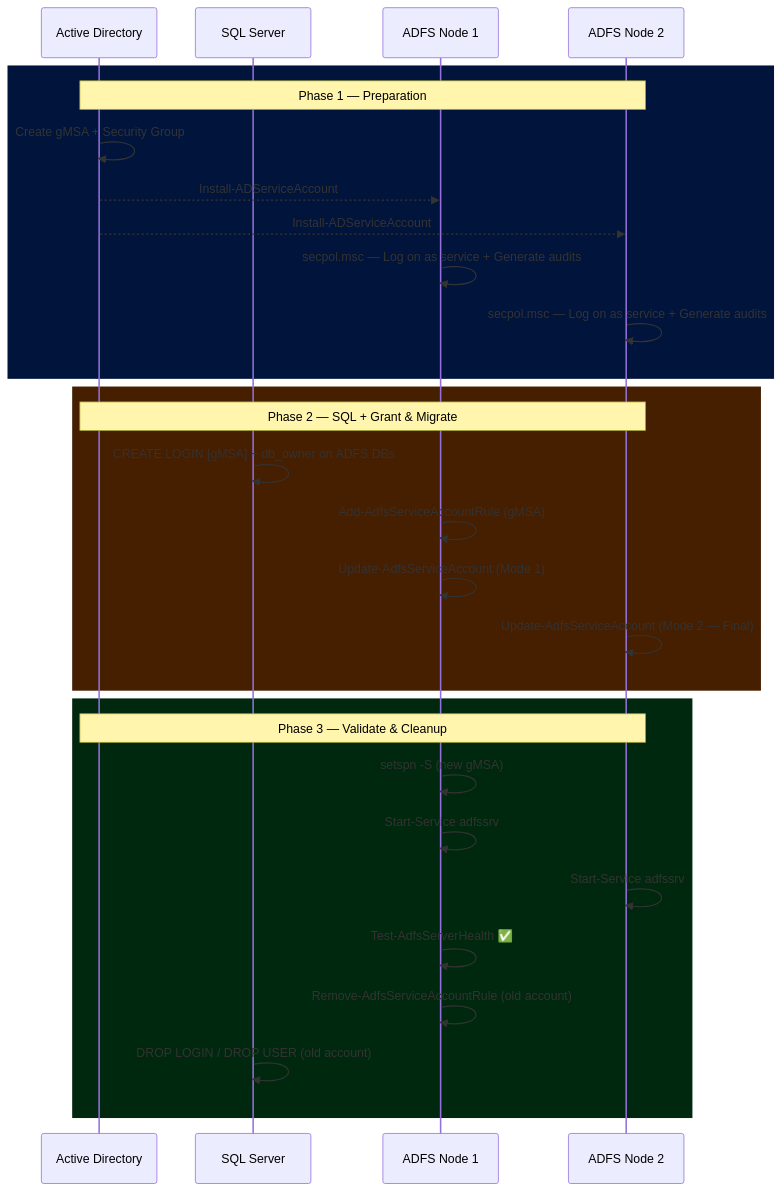
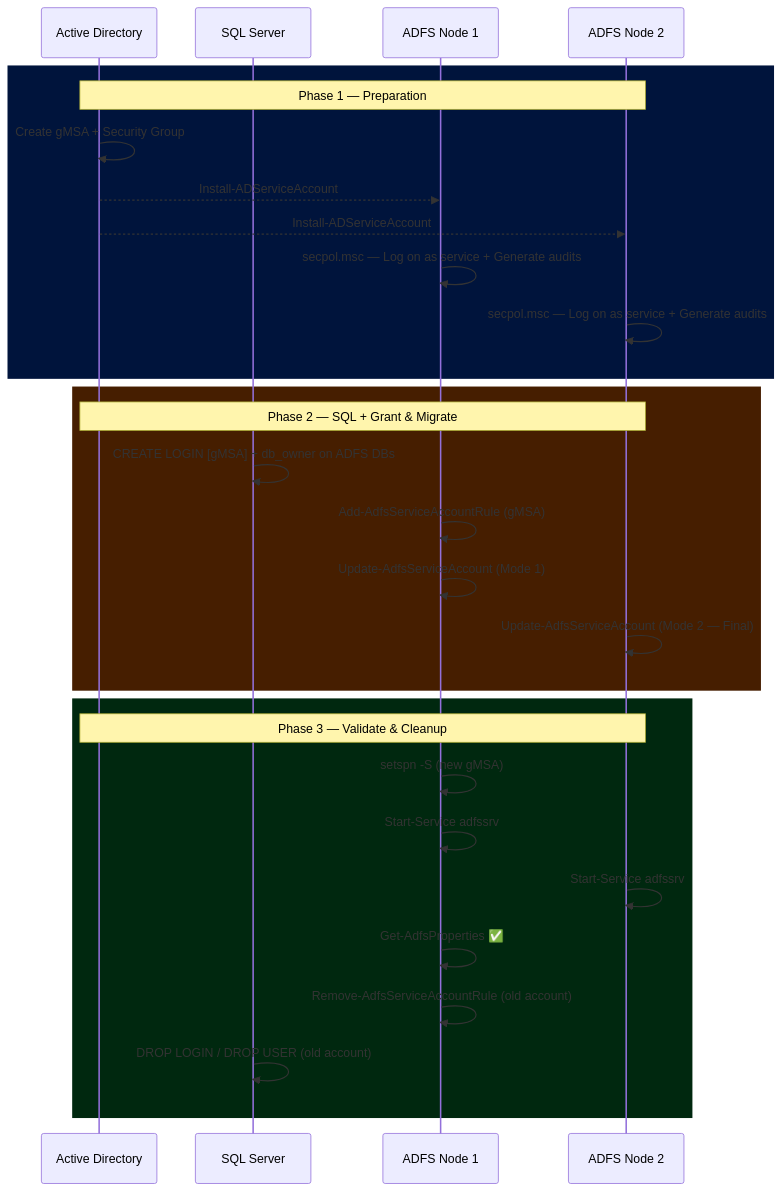
Before and after one commit to 0xMati/Tech-Blog: the third of 3 diagrams in ADFS/Common/ADFS Migrate Service Account to gMSA.md, drawn with Mermaid. The commit also changed other lines of this file, not shown here.

````diff
--- a/ADFS/Common/ADFS Migrate Service Account to gMSA.md
+++ b/ADFS/Common/ADFS Migrate Service Account to gMSA.md
@@ -399,34 +401,34 @@
 ```mermaid
 sequenceDiagram
     participant AD as Active Directory
     participant SQL as SQL Server
     participant N1 as ADFS Node 1
     participant N2 as ADFS Node 2
 
     rect rgb(0, 20, 60)
     Note over AD,N2: Phase 1 — Preparation
     AD->>AD: Create gMSA + Security Group
     AD-->>N1: Install-ADServiceAccount
     AD-->>N2: Install-ADServiceAccount
     N1->>N1: secpol.msc — Log on as service + Generate audits
     N2->>N2: secpol.msc — Log on as service + Generate audits
     end
 
     rect rgb(70, 30, 0)
     Note over AD,N2: Phase 2 — SQL + Grant & Migrate
     SQL->>SQL: CREATE LOGIN [gMSA] + db_owner on ADFS DBs
     N1->>N1: Add-AdfsServiceAccountRule (gMSA)
     N1->>N1: Update-AdfsServiceAccount (Mode 1)
     N2->>N2: Update-AdfsServiceAccount (Mode 2 — Final)
     end
 
     rect rgb(0, 40, 15)
     Note over AD,N2: Phase 3 — Validate & Cleanup
     N1->>N1: setspn -S (new gMSA)
     N1->>N1: Start-Service adfssrv
     N2->>N2: Start-Service adfssrv
-    N1->>N1: Test-AdfsServerHealth ✅
+    N1->>N1: Get-AdfsProperties ✅
     N1->>N1: Remove-AdfsServiceAccountRule (old account)
     SQL->>SQL: DROP LOGIN / DROP USER (old account)
     end
 ```
````
